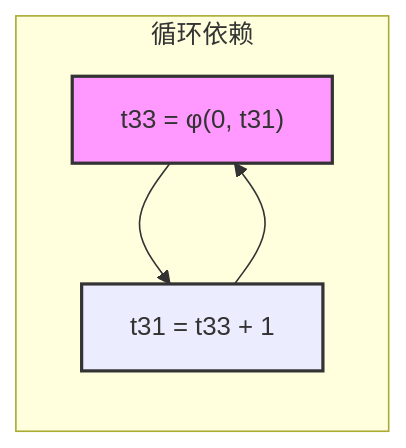
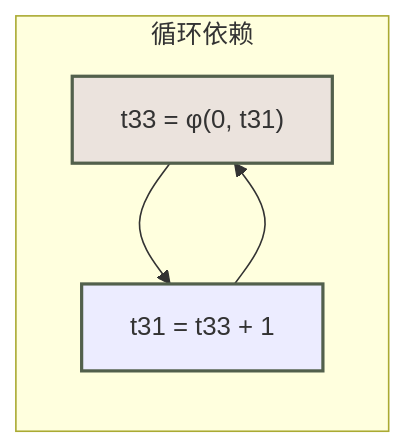
The sixth of 11 diagrams in static-analysis-guide/ssa-for-advanced-language-2.mdx (yaklang/ssa.to), drawn with Mermaid before and after one commit. The commit also changed other lines of this file and 91 other files, not shown here.

````diff
--- a/static-analysis-guide/ssa-for-advanced-language-2.mdx
+++ b/static-analysis-guide/ssa-for-advanced-language-2.mdx
@@ -225,13 +233,13 @@
 ```mermaid
 graph LR
     A["t33 = φ(0, t31)"] --> B["t31 = t33 + 1"]
     B --> A
 
     subgraph "循环依赖"
         A
         B
     end
 
-    style A fill:#f9f,stroke:#333,stroke-width:2px
-    style B fill:#lightblue,stroke:#333,stroke-width:2px
+    style A fill:#ebe3dd,stroke:#52604c,stroke-width:2px
+    style B fill:#lightblue,stroke:#52604c,stroke-width:2px
 ```
````
